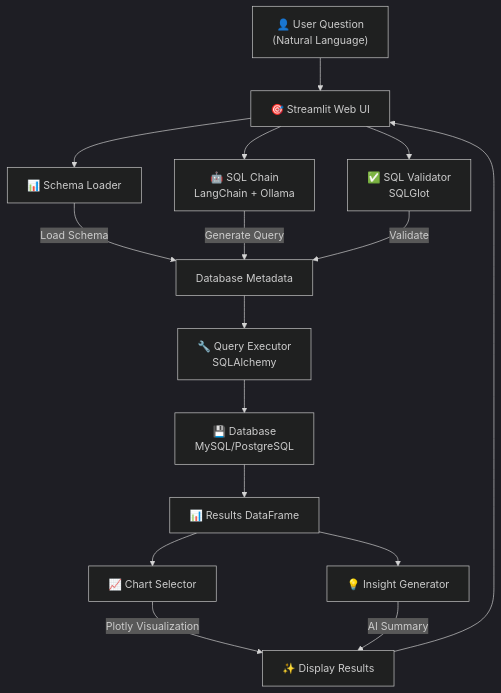
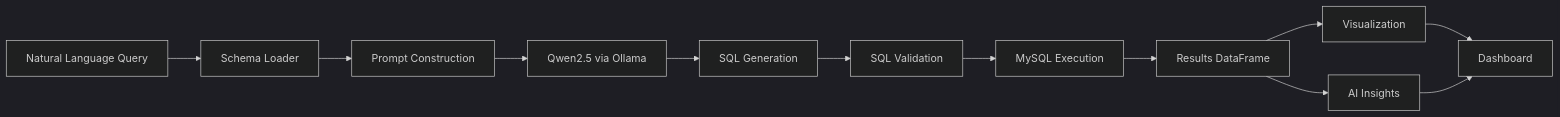
One commit to kulsharma11/IntelliSQL-AI changed the second of 2 diagrams in README.md. Above: the diagram before and after it, drawn with Mermaid (dark theme). The commit also changed other lines of this file and 3 other files, not shown here.

````diff
--- a/README.md
+++ b/README.md
@@ -89,23 +78,25 @@
 ```mermaid
-graph TD
-    A["👤 User Question<br/>(Natural Language)"] --> B["🎯 Streamlit Web UI"]
-    B --> C["📊 Schema Loader"]
-    B --> D["🤖 SQL Chain<br/>LangChain + Ollama"]
-    
-    C -->|Load Schema| E["Database Metadata"]
-    D -->|Generate Query| E
-    
-    B --> F["✅ SQL Validator<br/>SQLGlot"]
-    F -->|Validate| E
-    
-    E --> G["🔧 Query Executor<br/>SQLAlchemy"]
-    G --> H["💾 Database<br/>MySQL/PostgreSQL"]
-    
-    H --> I["📊 Results DataFrame"]
-    I --> J["📈 Chart Selector"]
-    I --> K["💡 Insight Generator"]
-    
-    J -->|Plotly Visualization| L["✨ Display Results"]
-    K -->|AI Summary| L
-    L --> B
+flowchart LR
+
+    A["Natural Language Query"]
+    --> B["Schema Loader"]
+
+    B --> C["Prompt Construction"]
+
+    C --> D["Qwen2.5 via Ollama"]
+
+    D --> E["SQL Generation"]
+
+    E --> F["SQL Validation"]
+
+    F --> G["MySQL Execution"]
+
+    G --> H["Results DataFrame"]
+
+    H --> I["Visualization"]
+
+    H --> J["AI Insights"]
+
+    I --> K["Dashboard"]
+    J --> K
 ```
````
